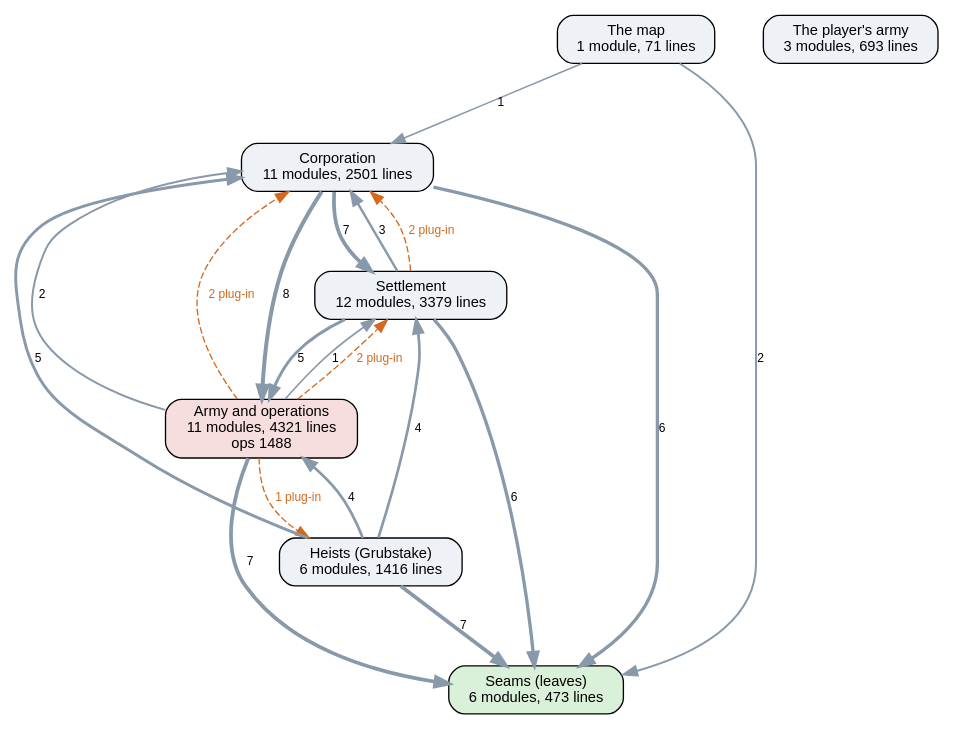
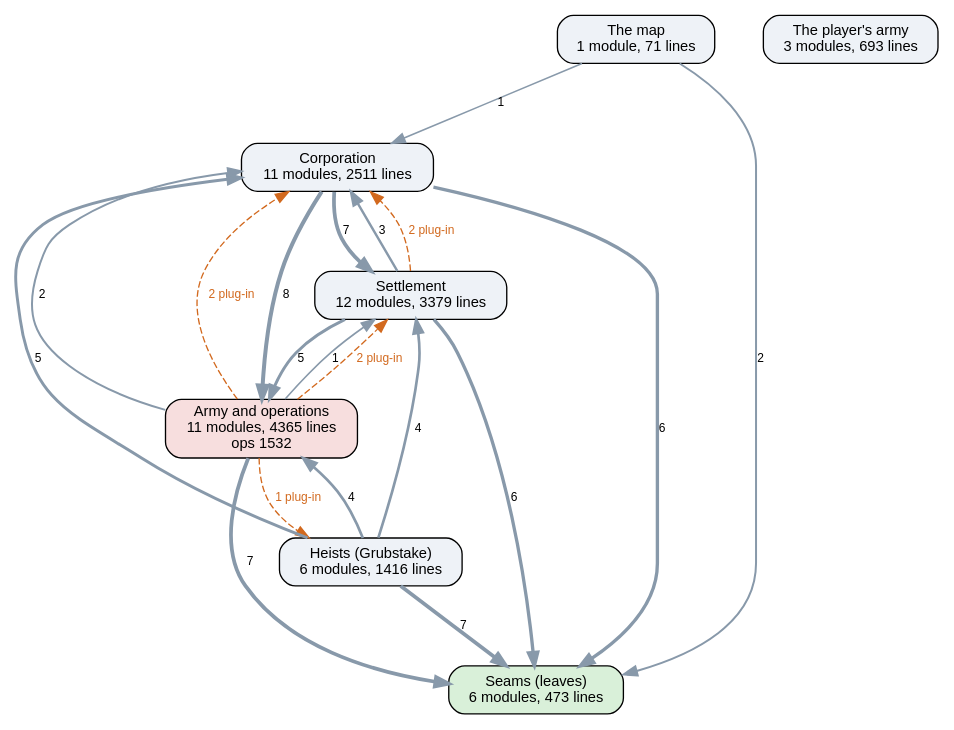
One commit to kinelhu/landing-party changed the diagram in docs/ai-layers.dot. Above: the diagram before and after it, drawn with Graphviz. The commit also changed 20 other files, not shown here.

```diff
--- a/docs/ai-layers.dot
+++ b/docs/ai-layers.dot
@@ -1,31 +1,31 @@
 digraph layers {
   graph [rankdir=TB, fontname="Helvetica", nodesep=0.5, ranksep=0.7];
   node [shape=box, style="rounded,filled", fontname="Helvetica", fontsize=11, fillcolor="#eef2f7"];
   edge [color="#8899aa", fontname="Helvetica", fontsize=9];
   "Seams (leaves)" [label="Seams (leaves)\n6 modules, 473 lines", fillcolor="#d9f0d9"];
-  "Corporation" [label="Corporation\n11 modules, 2501 lines", fillcolor="#eef2f7"];
+  "Corporation" [label="Corporation\n11 modules, 2511 lines", fillcolor="#eef2f7"];
   "Settlement" [label="Settlement\n12 modules, 3379 lines", fillcolor="#eef2f7"];
-  "Army and operations" [label="Army and operations\n11 modules, 4321 lines\nops 1488", fillcolor="#f7dede"];
+  "Army and operations" [label="Army and operations\n11 modules, 4365 lines\nops 1532", fillcolor="#f7dede"];
   "Heists (Grubstake)" [label="Heists (Grubstake)\n6 modules, 1416 lines", fillcolor="#eef2f7"];
   "The map" [label="The map\n1 module, 71 lines", fillcolor="#eef2f7"];
   "The player's army" [label="The player's army\n3 modules, 693 lines", fillcolor="#eef2f7"];
   "Army and operations" -> "Corporation" [label="2", penwidth=1.5];
   "Army and operations" -> "Seams (leaves)" [label="7", penwidth=2.8];
   "Army and operations" -> "Settlement" [label="1", penwidth=1.2];
   "Corporation" -> "Army and operations" [label="8", penwidth=3.0];
   "Corporation" -> "Seams (leaves)" [label="6", penwidth=2.5];
   "Corporation" -> "Settlement" [label="7", penwidth=2.8];
   "Heists (Grubstake)" -> "Army and operations" [label="4", penwidth=2.0];
   "Heists (Grubstake)" -> "Corporation" [label="5", penwidth=2.2];
   "Heists (Grubstake)" -> "Seams (leaves)" [label="7", penwidth=2.8];
   "Heists (Grubstake)" -> "Settlement" [label="4", penwidth=2.0];
   "Settlement" -> "Army and operations" [label="5", penwidth=2.2];
   "Settlement" -> "Corporation" [label="3", penwidth=1.8];
   "Settlement" -> "Seams (leaves)" [label="6", penwidth=2.5];
   "The map" -> "Corporation" [label="1", penwidth=1.2];
   "The map" -> "Seams (leaves)" [label="2", penwidth=1.5];
   "Army and operations" -> "Corporation" [style=dashed, color="#d2691e", fontcolor="#d2691e", label="2 plug-in"];
   "Army and operations" -> "Heists (Grubstake)" [style=dashed, color="#d2691e", fontcolor="#d2691e", label="1 plug-in"];
   "Army and operations" -> "Settlement" [style=dashed, color="#d2691e", fontcolor="#d2691e", label="2 plug-in"];
   "Settlement" -> "Corporation" [style=dashed, color="#d2691e", fontcolor="#d2691e", label="2 plug-in"];
 }
```
